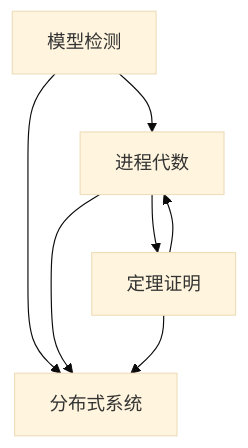
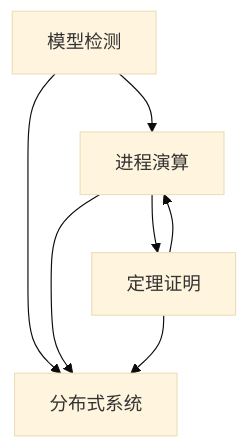
The diagram in formal-methods/99-references/by-topic/README.md (AdaMartin18010/AnalysisDataFlow), drawn with Mermaid (base theme) before and after one commit. The commit also changed other lines of this file and 129 other files, not shown here.

````diff
--- a/formal-methods/99-references/by-topic/README.md
+++ b/formal-methods/99-references/by-topic/README.md
@@ -35,9 +35,9 @@
 ```mermaid
 graph TB
-    PA[进程代数] --> DS[分布式系统]
+    PA[进程演算] --> DS[分布式系统]
     PA --> TP[定理证明]
     MC[模型检测] --> DS
     MC --> PA
     TP --> DS
     TP --> PA
 ```
````
